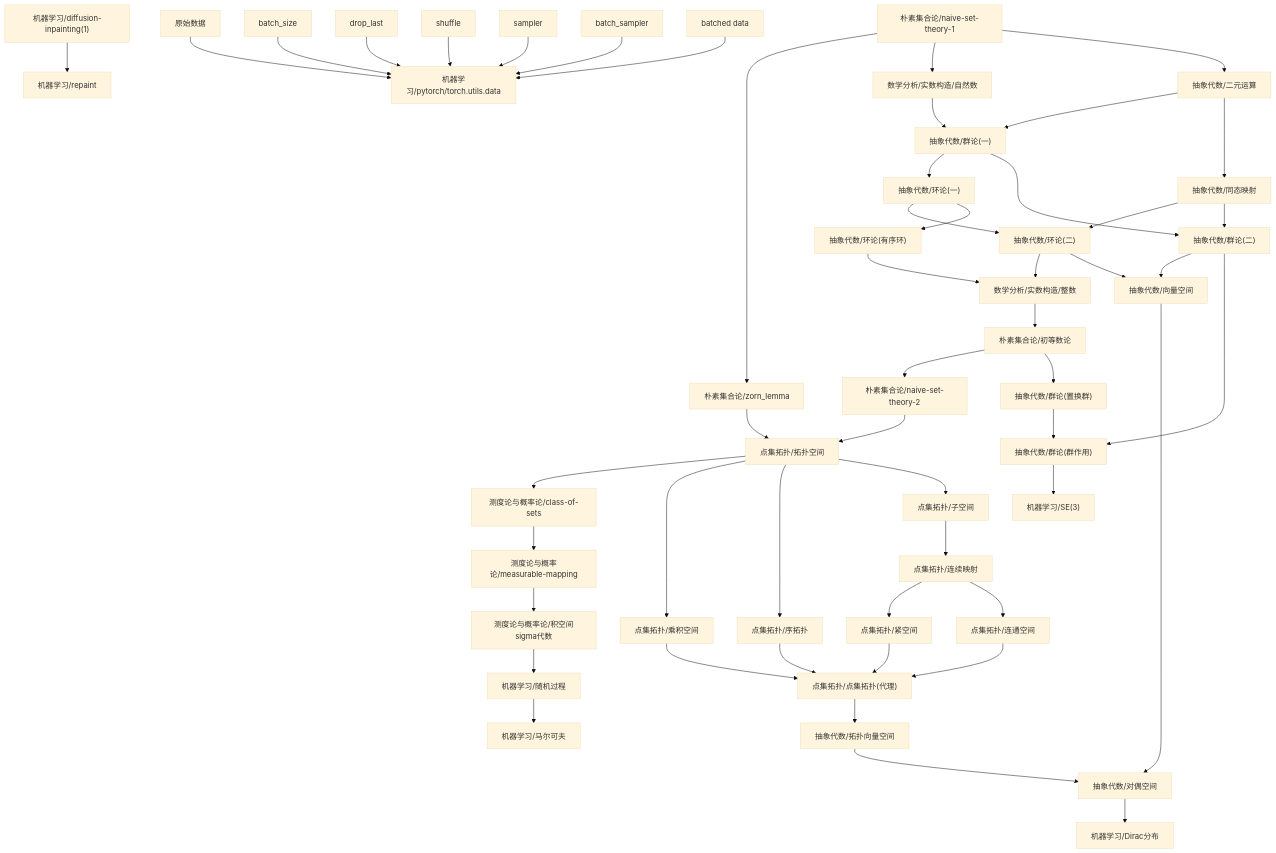
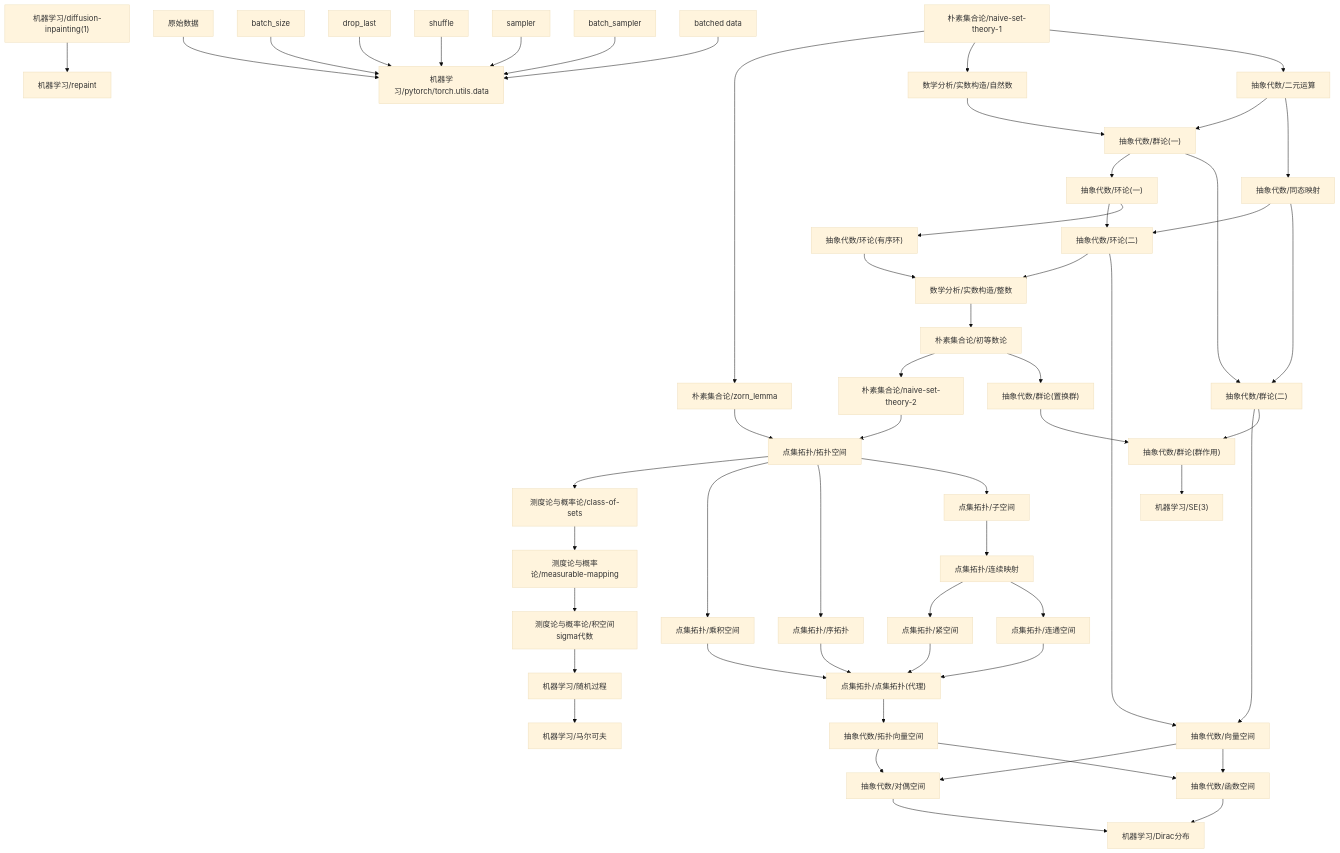
One commit to zeroDtree/zeroDtree.github.io changed the diagram in content/机器学习/dependency_graph.md. Above: the diagram before and after it, drawn with Mermaid (base theme). The commit also changed 16 other files, not shown here.

````diff
--- a/content/机器学习/dependency_graph.md
+++ b/content/机器学习/dependency_graph.md
@@ -1,54 +1,57 @@
 ```mermaid
 graph TD
 1["机器学习/diffusion-inpainting(1)"] --> 0["机器学习/repaint"]
 3["抽象代数/群论(群作用)"] --> 2["机器学习/SE(3)"]
 6["机器学习/随机过程"] --> 5["机器学习/马尔可夫"]
 8["抽象代数/对偶空间"] --> 7["机器学习/Dirac分布"]
-9["测度论与概率论/积空间sigma代数"] --> 6["机器学习/随机过程"]
-11["原始数据"] --> 10["机器学习/pytorch/torch.utils.data"]
-12["batch_size"] --> 10["机器学习/pytorch/torch.utils.data"]
-13["drop_last"] --> 10["机器学习/pytorch/torch.utils.data"]
-14["shuffle"] --> 10["机器学习/pytorch/torch.utils.data"]
-15["sampler"] --> 10["机器学习/pytorch/torch.utils.data"]
-16["batch_sampler"] --> 10["机器学习/pytorch/torch.utils.data"]
-17["batched data"] --> 10["机器学习/pytorch/torch.utils.data"]
-18["测度论与概率论/measurable-mapping"] --> 9["测度论与概率论/积空间sigma代数"]
-19["测度论与概率论/class-of-sets"] --> 18["测度论与概率论/measurable-mapping"]
-20["点集拓扑/拓扑空间"] --> 19["测度论与概率论/class-of-sets"]
-21["朴素集合论/naive-set-theory-2"] --> 20["点集拓扑/拓扑空间"]
-22["朴素集合论/zorn_lemma"] --> 20["点集拓扑/拓扑空间"]
-23["朴素集合论/初等数论"] --> 21["朴素集合论/naive-set-theory-2"]
-24["朴素集合论/naive-set-theory-1"] --> 22["朴素集合论/zorn_lemma"]
-25["数学分析/实数构造/整数"] --> 23["朴素集合论/初等数论"]
-26["抽象代数/环论(二)"] --> 25["数学分析/实数构造/整数"]
-27["抽象代数/环论(有序环)"] --> 25["数学分析/实数构造/整数"]
-28["抽象代数/环论(一)"] --> 26["抽象代数/环论(二)"]
-29["抽象代数/同态映射"] --> 26["抽象代数/环论(二)"]
-28["抽象代数/环论(一)"] --> 27["抽象代数/环论(有序环)"]
-30["抽象代数/群论(一)"] --> 28["抽象代数/环论(一)"]
-31["数学分析/实数构造/自然数"] --> 30["抽象代数/群论(一)"]
-32["抽象代数/二元运算"] --> 30["抽象代数/群论(一)"]
-24["朴素集合论/naive-set-theory-1"] --> 31["数学分析/实数构造/自然数"]
-24["朴素集合论/naive-set-theory-1"] --> 32["抽象代数/二元运算"]
-32["抽象代数/二元运算"] --> 29["抽象代数/同态映射"]
-33["抽象代数/向量空间"] --> 8["抽象代数/对偶空间"]
-34["抽象代数/拓扑向量空间"] --> 8["抽象代数/对偶空间"]
-35["抽象代数/群论(二)"] --> 33["抽象代数/向量空间"]
-26["抽象代数/环论(二)"] --> 33["抽象代数/向量空间"]
-36["点集拓扑/点集拓扑(代理)"] --> 34["抽象代数/拓扑向量空间"]
-37["点集拓扑/紧空间"] --> 36["点集拓扑/点集拓扑(代理)"]
-38["点集拓扑/连通空间"] --> 36["点集拓扑/点集拓扑(代理)"]
-39["点集拓扑/乘积空间"] --> 36["点集拓扑/点集拓扑(代理)"]
-40["点集拓扑/序拓扑"] --> 36["点集拓扑/点集拓扑(代理)"]
-41["点集拓扑/连续映射"] --> 37["点集拓扑/紧空间"]
-41["点集拓扑/连续映射"] --> 38["点集拓扑/连通空间"]
-20["点集拓扑/拓扑空间"] --> 39["点集拓扑/乘积空间"]
-20["点集拓扑/拓扑空间"] --> 40["点集拓扑/序拓扑"]
-42["点集拓扑/子空间"] --> 41["点集拓扑/连续映射"]
-20["点集拓扑/拓扑空间"] --> 42["点集拓扑/子空间"]
-30["抽象代数/群论(一)"] --> 35["抽象代数/群论(二)"]
-29["抽象代数/同态映射"] --> 35["抽象代数/群论(二)"]
-35["抽象代数/群论(二)"] --> 3["抽象代数/群论(群作用)"]
-43["抽象代数/群论(置换群)"] --> 3["抽象代数/群论(群作用)"]
-23["朴素集合论/初等数论"] --> 43["抽象代数/群论(置换群)"]
+9["抽象代数/函数空间"] --> 7["机器学习/Dirac分布"]
+10["测度论与概率论/积空间sigma代数"] --> 6["机器学习/随机过程"]
+12["原始数据"] --> 11["机器学习/pytorch/torch.utils.data"]
+13["batch_size"] --> 11["机器学习/pytorch/torch.utils.data"]
+14["drop_last"] --> 11["机器学习/pytorch/torch.utils.data"]
+15["shuffle"] --> 11["机器学习/pytorch/torch.utils.data"]
+16["sampler"] --> 11["机器学习/pytorch/torch.utils.data"]
+17["batch_sampler"] --> 11["机器学习/pytorch/torch.utils.data"]
+18["batched data"] --> 11["机器学习/pytorch/torch.utils.data"]
+19["测度论与概率论/measurable-mapping"] --> 10["测度论与概率论/积空间sigma代数"]
+20["测度论与概率论/class-of-sets"] --> 19["测度论与概率论/measurable-mapping"]
+21["点集拓扑/拓扑空间"] --> 20["测度论与概率论/class-of-sets"]
+22["朴素集合论/naive-set-theory-2"] --> 21["点集拓扑/拓扑空间"]
+23["朴素集合论/zorn_lemma"] --> 21["点集拓扑/拓扑空间"]
+24["朴素集合论/初等数论"] --> 22["朴素集合论/naive-set-theory-2"]
+25["朴素集合论/naive-set-theory-1"] --> 23["朴素集合论/zorn_lemma"]
+26["数学分析/实数构造/整数"] --> 24["朴素集合论/初等数论"]
+27["抽象代数/环论(二)"] --> 26["数学分析/实数构造/整数"]
+28["抽象代数/环论(有序环)"] --> 26["数学分析/实数构造/整数"]
+29["抽象代数/环论(一)"] --> 27["抽象代数/环论(二)"]
+30["抽象代数/同态映射"] --> 27["抽象代数/环论(二)"]
+29["抽象代数/环论(一)"] --> 28["抽象代数/环论(有序环)"]
+31["抽象代数/群论(一)"] --> 29["抽象代数/环论(一)"]
+32["数学分析/实数构造/自然数"] --> 31["抽象代数/群论(一)"]
+33["抽象代数/二元运算"] --> 31["抽象代数/群论(一)"]
+25["朴素集合论/naive-set-theory-1"] --> 32["数学分析/实数构造/自然数"]
+25["朴素集合论/naive-set-theory-1"] --> 33["抽象代数/二元运算"]
+33["抽象代数/二元运算"] --> 30["抽象代数/同态映射"]
+34["抽象代数/向量空间"] --> 8["抽象代数/对偶空间"]
+35["抽象代数/拓扑向量空间"] --> 8["抽象代数/对偶空间"]
+34["抽象代数/向量空间"] --> 9["抽象代数/函数空间"]
+35["抽象代数/拓扑向量空间"] --> 9["抽象代数/函数空间"]
+36["抽象代数/群论(二)"] --> 34["抽象代数/向量空间"]
+27["抽象代数/环论(二)"] --> 34["抽象代数/向量空间"]
+37["点集拓扑/点集拓扑(代理)"] --> 35["抽象代数/拓扑向量空间"]
+38["点集拓扑/紧空间"] --> 37["点集拓扑/点集拓扑(代理)"]
+39["点集拓扑/连通空间"] --> 37["点集拓扑/点集拓扑(代理)"]
+40["点集拓扑/乘积空间"] --> 37["点集拓扑/点集拓扑(代理)"]
+41["点集拓扑/序拓扑"] --> 37["点集拓扑/点集拓扑(代理)"]
+42["点集拓扑/连续映射"] --> 38["点集拓扑/紧空间"]
+42["点集拓扑/连续映射"] --> 39["点集拓扑/连通空间"]
+21["点集拓扑/拓扑空间"] --> 40["点集拓扑/乘积空间"]
+21["点集拓扑/拓扑空间"] --> 41["点集拓扑/序拓扑"]
+43["点集拓扑/子空间"] --> 42["点集拓扑/连续映射"]
+21["点集拓扑/拓扑空间"] --> 43["点集拓扑/子空间"]
+31["抽象代数/群论(一)"] --> 36["抽象代数/群论(二)"]
+30["抽象代数/同态映射"] --> 36["抽象代数/群论(二)"]
+36["抽象代数/群论(二)"] --> 3["抽象代数/群论(群作用)"]
+44["抽象代数/群论(置换群)"] --> 3["抽象代数/群论(群作用)"]
+24["朴素集合论/初等数论"] --> 44["抽象代数/群论(置换群)"]
 ```
````
